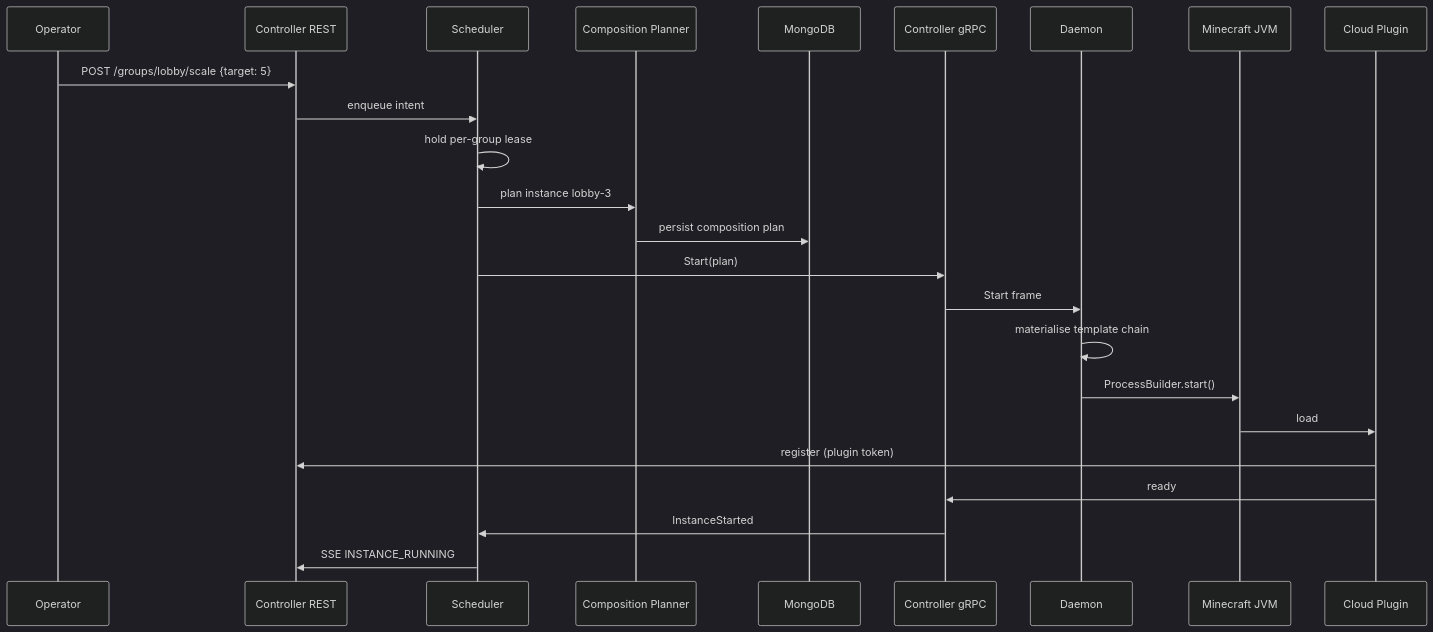
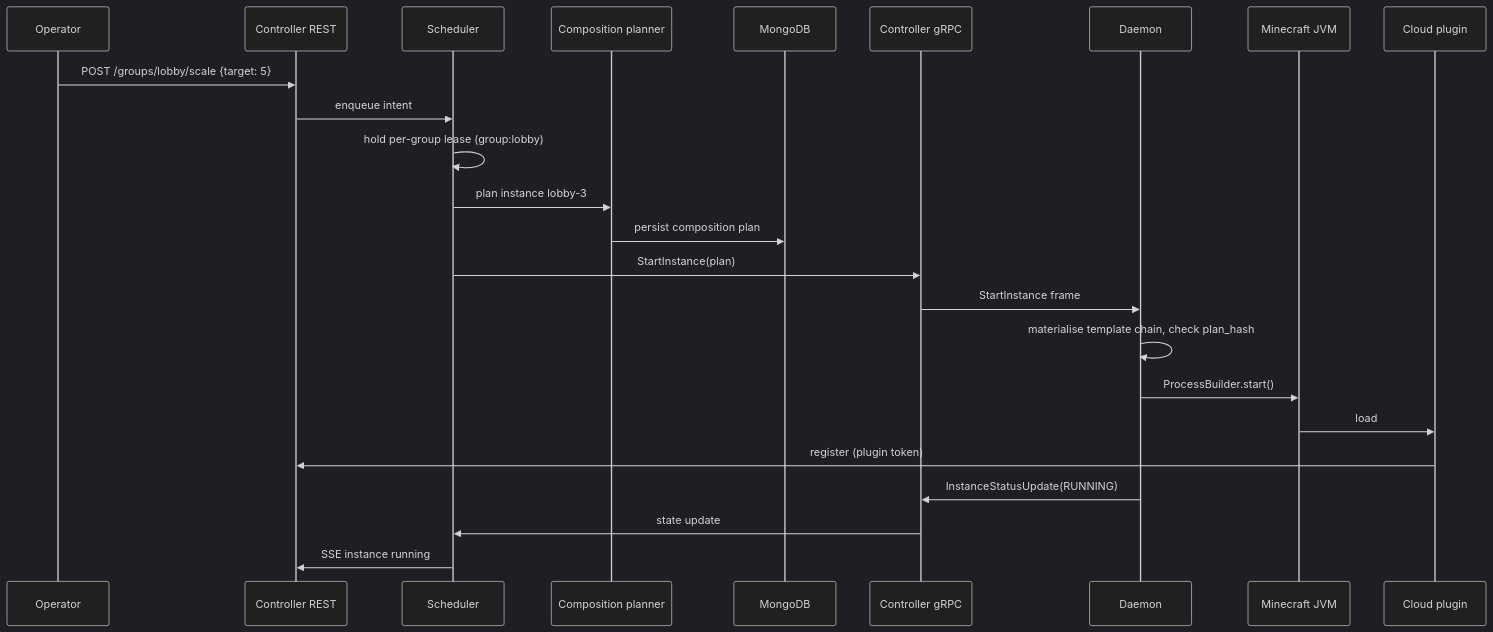
One commit to PrexorJustin/prexorcloud changed the second of 2 diagrams in docs/public/en/concepts/architecture.md. Above: the diagram before and after it, drawn with Mermaid (dark theme). The commit also changed other lines of this file and 20 other files, not shown here.

````diff
--- a/docs/public/en/concepts/architecture.md
+++ b/docs/public/en/concepts/architecture.md
@@ -148,27 +275,27 @@
 ```mermaid
 sequenceDiagram
   participant Op as Operator
   participant REST as Controller REST
   participant Sch as Scheduler
-  participant CP as Composition Planner
+  participant CP as Composition planner
   participant Mongo as MongoDB
   participant gRPC as Controller gRPC
   participant D as Daemon
   participant MC as Minecraft JVM
-  participant Plug as Cloud Plugin
+  participant Plug as Cloud plugin
 
   Op->>REST: POST /groups/lobby/scale {target: 5}
   REST->>Sch: enqueue intent
-  Sch->>Sch: hold per-group lease
+  Sch->>Sch: hold per-group lease (group:lobby)
   Sch->>CP: plan instance lobby-3
   CP->>Mongo: persist composition plan
-  Sch->>gRPC: Start(plan)
-  gRPC->>D: Start frame
-  D->>D: materialise template chain
+  Sch->>gRPC: StartInstance(plan)
+  gRPC->>D: StartInstance frame
+  D->>D: materialise template chain, check plan_hash
   D->>MC: ProcessBuilder.start()
   MC->>Plug: load
   Plug->>REST: register (plugin token)
-  Plug->>gRPC: ready
-  gRPC->>Sch: InstanceStarted
-  Sch->>REST: SSE INSTANCE_RUNNING
+  D->>gRPC: InstanceStatusUpdate(RUNNING)
+  gRPC->>Sch: state update
+  Sch->>REST: SSE instance running
 ```
````
